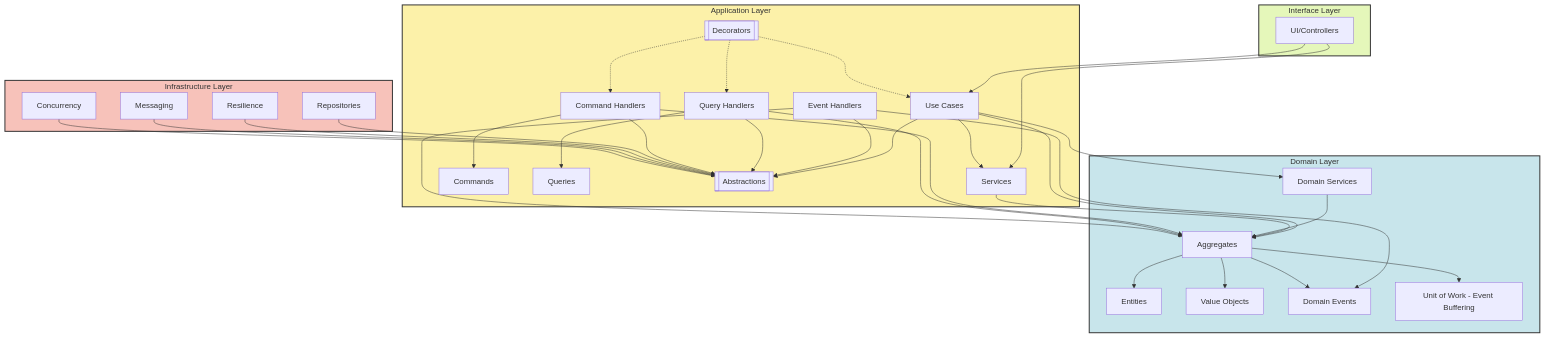
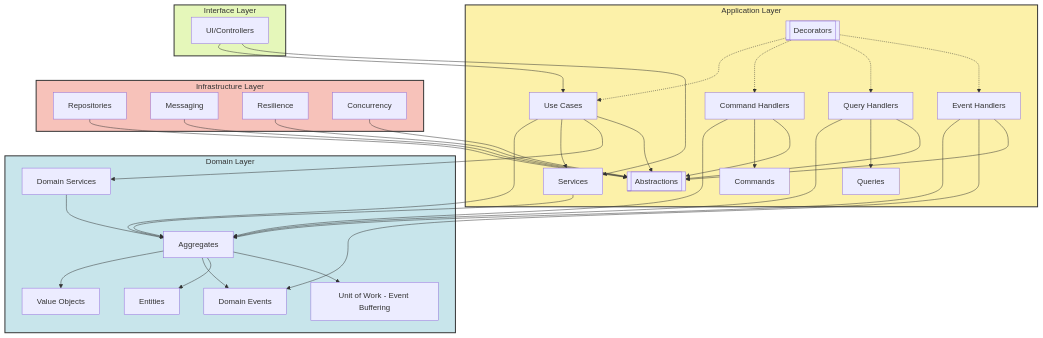
One commit to emanuelebuldrini/jewel-architecture changed the diagram in README.md. Above: the diagram before and after it, drawn with Mermaid.

````diff
--- a/README.md
+++ b/README.md
@@ -7,78 +7,79 @@
 ```mermaid
 flowchart TB
     %% Layers
     subgraph UI [Interface Layer]
         A[UI/Controllers]
     end
 
     subgraph Application [Application Layer]
         B[Use Cases]
         S[Services]
         CommandHandlers[Command Handlers]
         Commands[Commands]
         Queries[Queries]
         EventHandlers[Event Handlers]
         QueryHandlers[Query Handlers]
         Abstractions[[Abstractions]]
         AppDecorators[[Decorators]]
     end
 
     subgraph Domain [Domain Layer]
         Aggregates[Aggregates]
         Entities[Entities]
         ValueObjects[Value Objects]
         DomainEvents[Domain Events]
         DomainServices[Domain Services]
         EventBuffering[Unit of Work - Event Buffering]
     end
 
     subgraph Infrastructure [Infrastructure Layer]
         Repositories[Repositories]
         Messaging[Messaging]
         Resilience[Resilience]
         Concurrency[Concurrency]
     end
 
     %% Relationships
     A --> B
     A --> S
     B --> Aggregates
     S --> Aggregates
     B --> S
     B --> DomainServices
     B --> Abstractions
     DomainServices --> Aggregates
     CommandHandlers --> Aggregates
     QueryHandlers --> Aggregates
     CommandHandlers --> Commands
     QueryHandlers --> Queries
     EventHandlers --> Aggregates
     EventHandlers --> DomainEvents
     EventHandlers --> Abstractions
     QueryHandlers --> Abstractions
     CommandHandlers --> Abstractions
     AppDecorators -.-> B
     AppDecorators -.-> CommandHandlers
     AppDecorators -.-> QueryHandlers
+    AppDecorators -.-> EventHandlers
     Aggregates --> ValueObjects
     Aggregates --> DomainEvents
     Aggregates --> Entities
     Aggregates --> EventBuffering
     Repositories --> Abstractions
     Resilience --> Abstractions
     Messaging --> Abstractions
     Concurrency --> Abstractions
 
  %% Domain Layer
     classDef blueLayer fill:#c8e5eb,stroke:#333,stroke-width:2px;
     Domain:::blueLayer
  %% App Layer
     classDef ywLayer fill:#fcf1a9,stroke:#333,stroke-width:2px;
     Application:::ywLayer
  %% Interface Layer
     classDef greenLayer fill:#e5f7ba,stroke:#333,stroke-width:2px;
     UI:::greenLayer
  %% Infrastructure Layer
     classDef redLayer fill:#f7c2ba,stroke:#333,stroke-width:2px;
     Infrastructure:::redLayer
 ```
````
